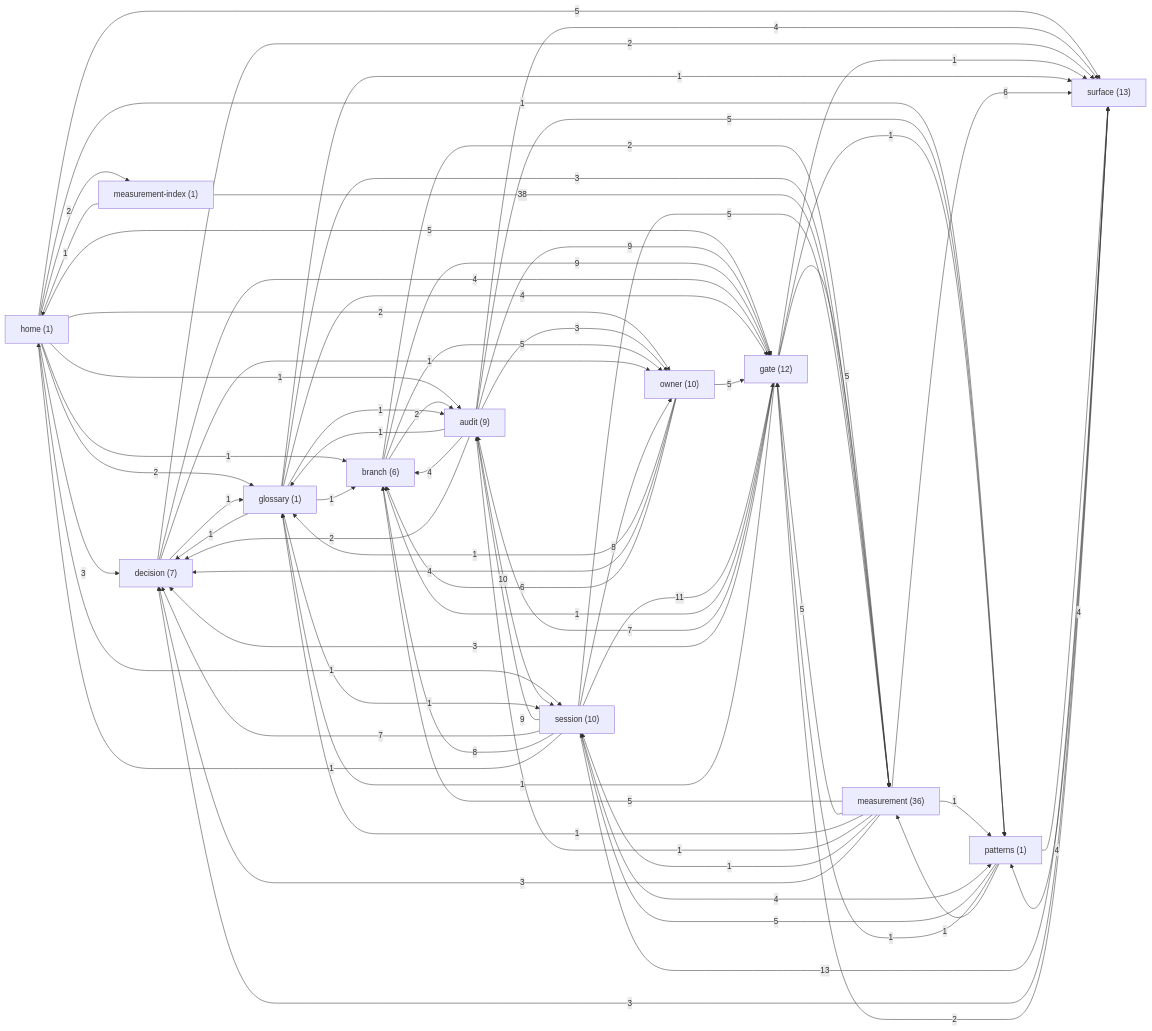
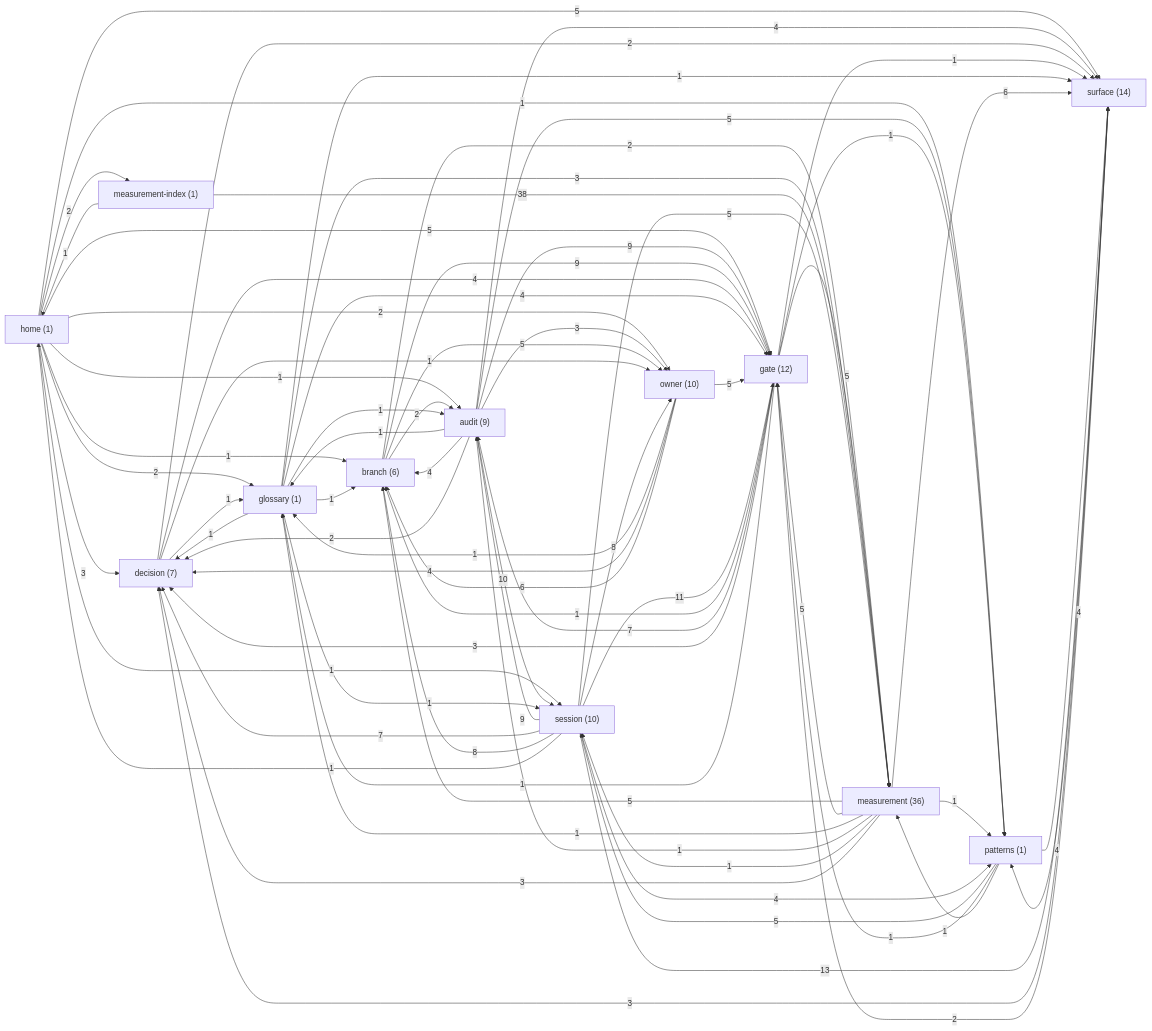
The diagram in docs/brain/GRAPH.md (sergey9519546/STORYMACHINE), drawn with Mermaid before and after one commit. The commit also changed other lines of this file and 9 other files, not shown here.

```diff
--- a/docs/brain/GRAPH.md
+++ b/docs/brain/GRAPH.md
@@ -19,7 +19,7 @@
   owner["owner (10)"]
   patterns["patterns (1)"]
   session["session (10)"]
-  surface["surface (13)"]
+  surface["surface (14)"]
   home -->|3| decision
   home -->|2| glossary
   home -->|5| gate
```
